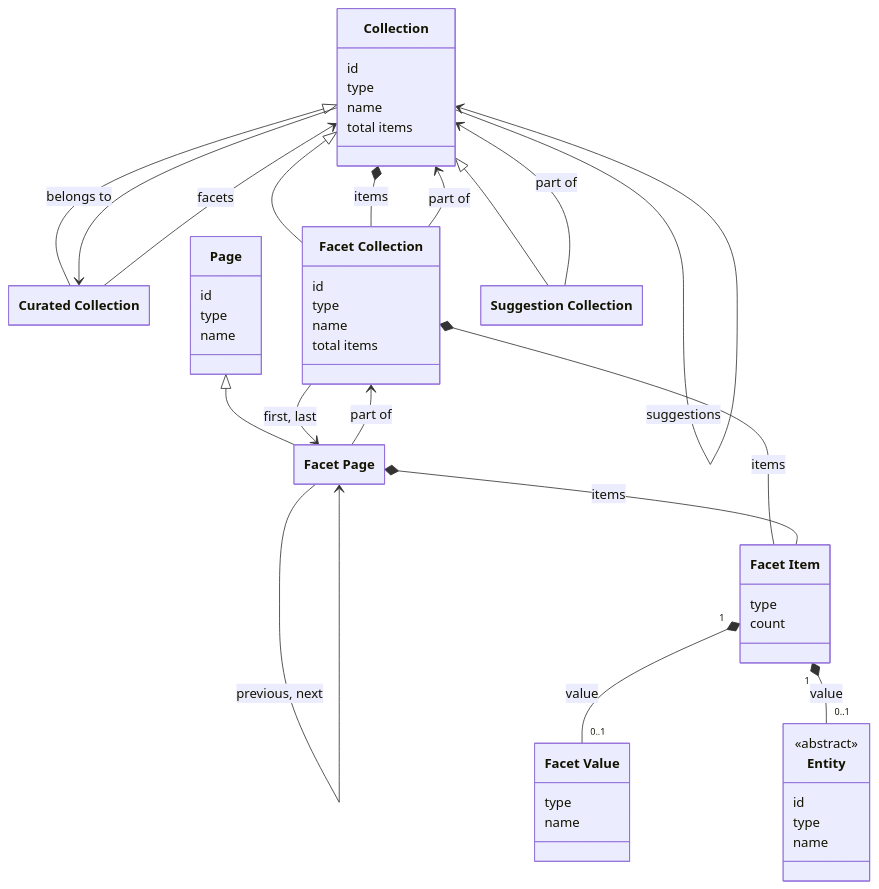
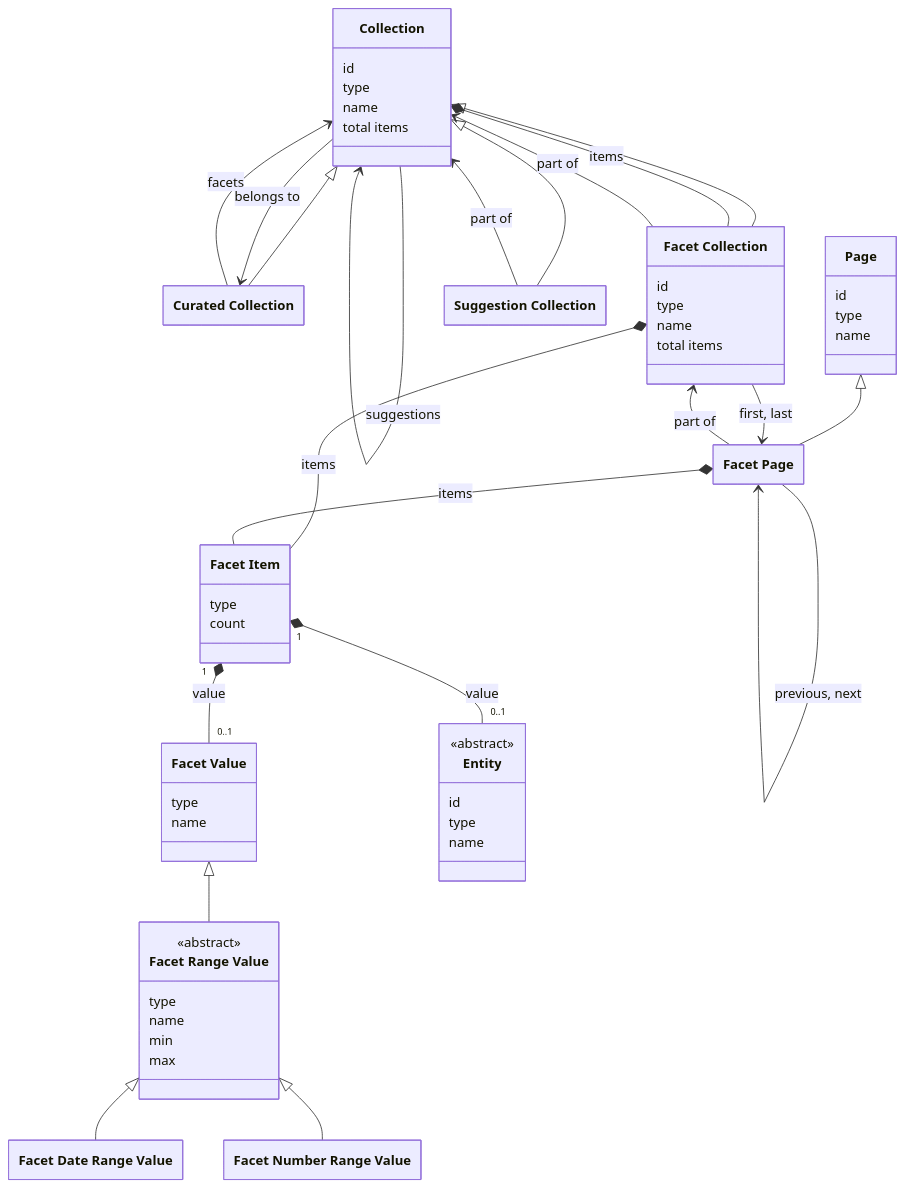
Before and after one commit to netwerk-digitaal-erfgoed/netwerk-digitaal-erfgoed.github.io: the diagram in docs/requirements/data-layer-api/rest/facets.md, drawn with Mermaid. The commit also changed other lines of this file, not shown here.

Commit message:
docs(data-layer-api): add facet range values support

````diff
--- a/docs/requirements/data-layer-api/rest/facets.md
+++ b/docs/requirements/data-layer-api/rest/facets.md
@@ -37,68 +40,82 @@
 ```mermaid
 ---
   config:
     class:
       hideEmptyMembersBox: true
 ---
 classDiagram
 
 class Collection["Collection"] {
   id
   type
   name
   total items
 }
 
 class CuratedCollection["Curated Collection"]
 
 class FacetCollection["Facet Collection"] {
   id
   type
   name
   total items
 }
 
 class Page["Page"] {
   id
   type
   name
 }
 
 class FacetPage["Facet Page"]
 class FacetItem["Facet Item"] {
   type
   count
 }
 
 class FacetValue["Facet Value"] {
   type
   name
 }
 
+class FacetRangeValue["Facet Range Value"] {
+  <<abstract>>
+  type
+  name
+  min
+  max
+}
+
+class FacetDateRangeValue["Facet Date Range Value"]
+class FacetNumberRangeValue["Facet Number Range Value"]
+
 class Entity {
   <<abstract>>
   id
   type
   name
 }
 
 class SuggestionCollection["Suggestion Collection"]
 
 Collection <|-- CuratedCollection
 Collection <|-- FacetCollection
 Collection <|-- SuggestionCollection
+FacetValue <|-- FacetRangeValue
+FacetRangeValue <|-- FacetDateRangeValue
+FacetRangeValue <|-- FacetNumberRangeValue
 Page <|-- FacetPage
 CuratedCollection --> Collection : facets
 Collection --> CuratedCollection : belongs to
 Collection *-- FacetCollection : items
 FacetCollection --> Collection : part of
 FacetCollection --> FacetPage : first, last
 FacetCollection *-- FacetItem : items
 FacetPage --> FacetCollection : part of
 FacetPage --> FacetPage : previous, next
 FacetPage *-- FacetItem : items
 FacetItem "1" *-- "0..1" FacetValue : value
 FacetItem "1" *-- "0..1" Entity  : value
 Collection --> Collection : suggestions
 SuggestionCollection --> Collection : part of
 ```
````
